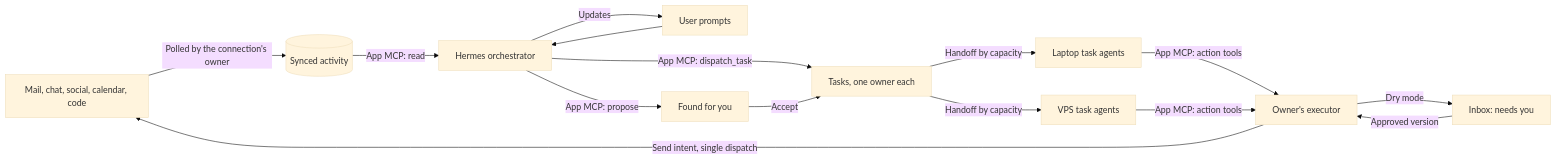
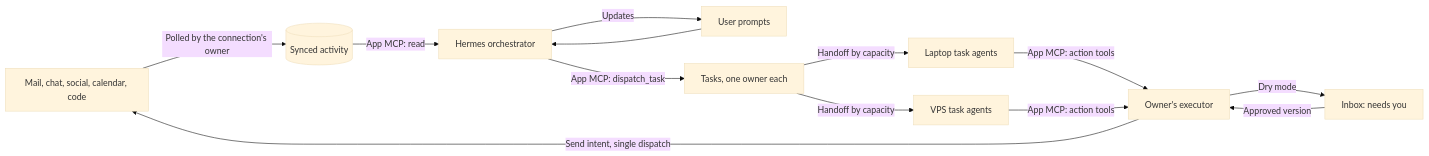
One commit to Dodecahedr0x/me-myself-ai changed the second of 2 diagrams in docs/README.md. Above: the diagram before and after it, drawn with Mermaid (base theme). The commit also changed 9 other files, not shown here.

````diff
--- a/docs/README.md
+++ b/docs/README.md
@@ -59,17 +59,15 @@
 ```mermaid
 flowchart LR
     Sources["Mail, chat, social, calendar, code"] -->|Polled by the connection's owner| Activity[(Synced activity)]
     Activity -->|App MCP: read| Hermes[Hermes orchestrator]
     User[User prompts] --> Hermes
     Hermes -->|Updates| User
     Hermes -->|App MCP: dispatch_task| Tasks[Tasks, one owner each]
-    Hermes -->|App MCP: propose| Found[Found for you]
-    Found -->|Accept| Tasks
     Tasks -->|Handoff by capacity| Laptop[Laptop task agents]
     Tasks -->|Handoff by capacity| VPS[VPS task agents]
     Laptop -->|App MCP: action tools| Executor[Owner's executor]
     VPS -->|App MCP: action tools| Executor
     Executor -->|Dry mode| Inbox[Inbox: needs you]
     Inbox -->|Approved version| Executor
     Executor -->|Send intent, single dispatch| Sources
 ```
````
